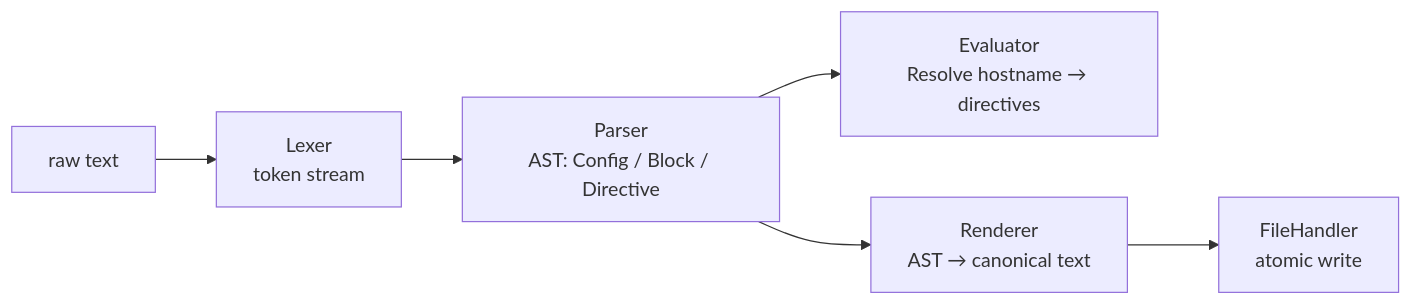
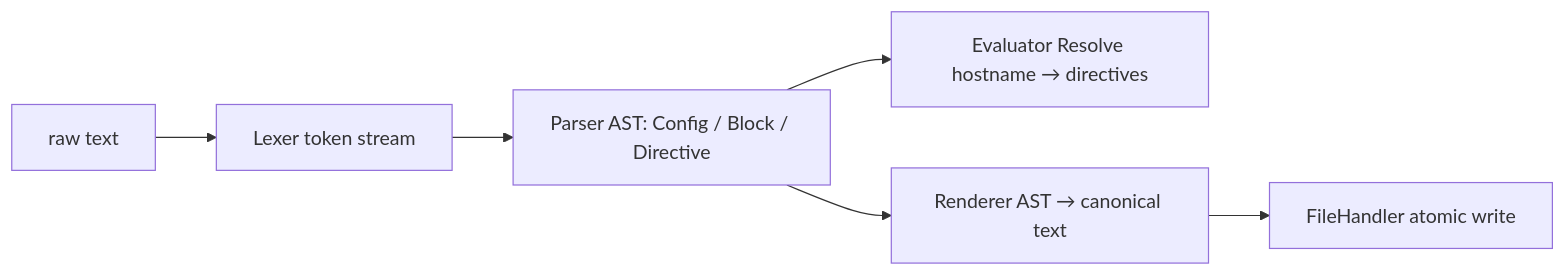
One commit to sipuaz/sshcloak changed the second of 4 diagrams in docs/internals.md. Above: the diagram before and after it, drawn with Mermaid. The commit also changed other lines of this file and 13 other files, not shown here.

````diff
--- a/docs/internals.md
+++ b/docs/internals.md
@@ -59,8 +59,8 @@
 ```mermaid
 flowchart LR
-    A[raw text] --> B[Lexer\ntoken stream]
-    B --> C[Parser\nAST: Config / Block / Directive]
-    C --> D[Evaluator\nResolve hostname → directives]
-    C --> E[Renderer\nAST → canonical text]
-    E --> F[FileHandler\natomic write]
+    A[raw text] --> B[Lexer token stream]
+    B --> C[Parser AST: Config / Block / Directive]
+    C --> D[Evaluator Resolve hostname → directives]
+    C --> E[Renderer AST → canonical text]
+    E --> F[FileHandler atomic write]
 ```
````
